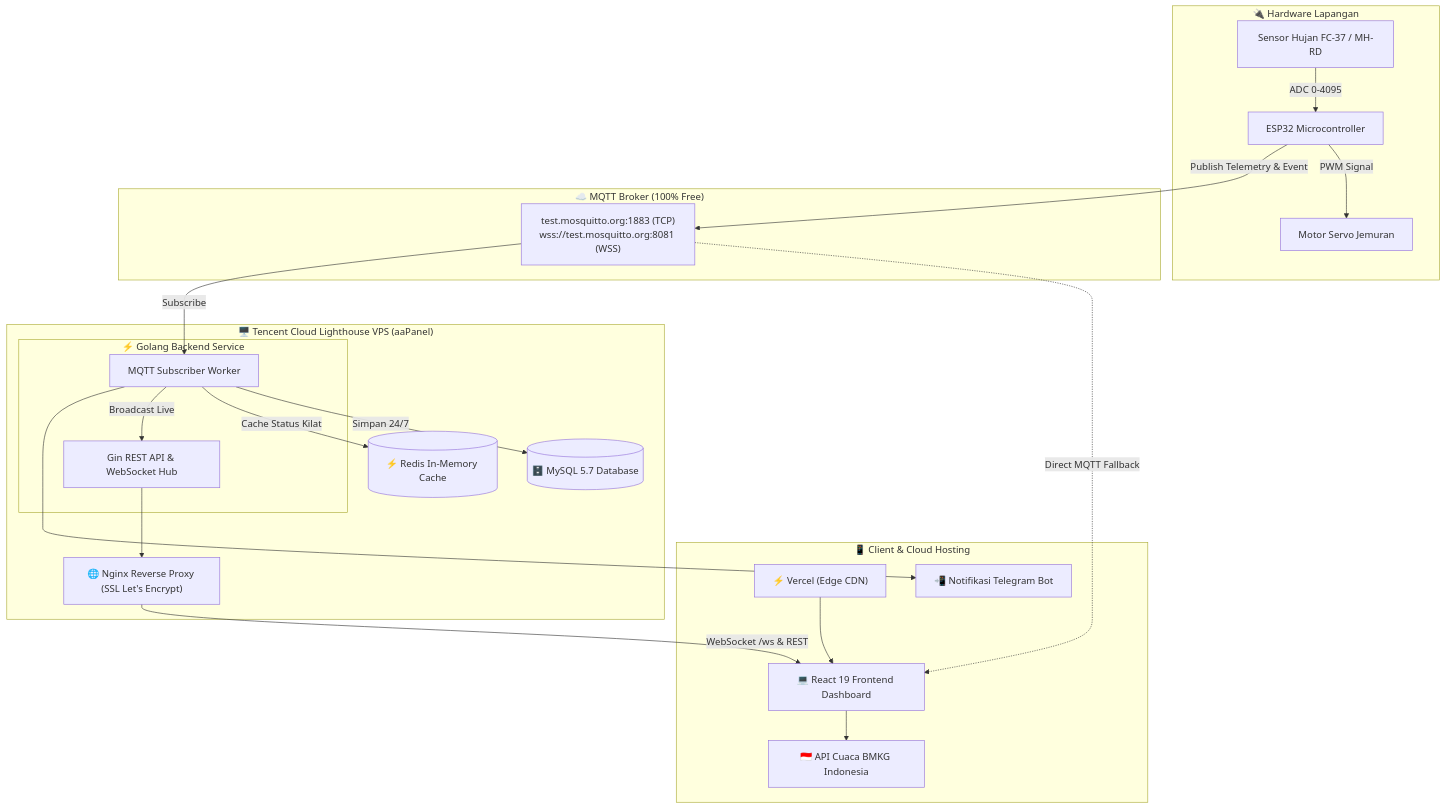
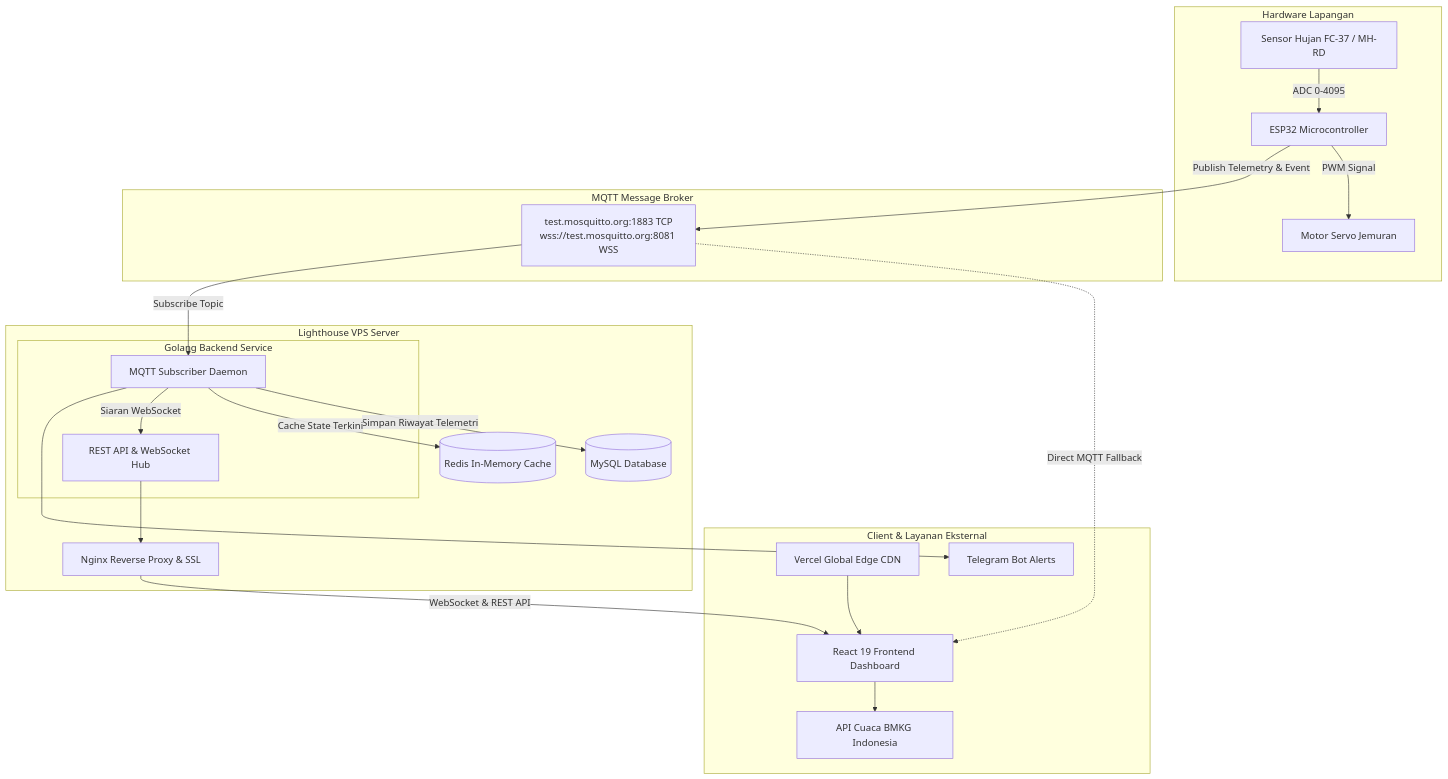
One commit to firdyridho/Project-IoT_Sensor-Jemuran-Otomatis changed the first of 2 diagrams in README.md. Above: the diagram before and after it, drawn with Mermaid. The commit also changed other lines of this file and 1 other file, not shown here.

Commit message:
docs: perbarui README dan DEPLOYMENT_GUIDE tanpa emoji, rapih dan isolasi konfigurasi backend

````diff
--- a/README.md
+++ b/README.md
@@ -21,45 +33,45 @@
 ```mermaid
 graph TD
-    subgraph Hardware ["🔌 Hardware Lapangan"]
+    subgraph Hardware ["Hardware Lapangan"]
         ESP32["ESP32 Microcontroller"]
         Sensor["Sensor Hujan FC-37 / MH-RD"]
         Servo["Motor Servo Jemuran"]
         Sensor -->|ADC 0-4095| ESP32
         ESP32 -->|PWM Signal| Servo
     end
 
-    subgraph Broker ["☁️ MQTT Broker (100% Free)"]
-        Mosquitto["test.mosquitto.org:1883 (TCP)<br/>wss://test.mosquitto.org:8081 (WSS)"]
+    subgraph Broker ["MQTT Message Broker"]
+        Mosquitto["test.mosquitto.org:1883 TCP<br/>wss://test.mosquitto.org:8081 WSS"]
     end
 
-    subgraph VPS ["🖥️ Tencent Cloud Lighthouse VPS (aaPanel)"]
-        subgraph BackendGo ["⚡ Golang Backend Service"]
-            MQTTSub["MQTT Subscriber Worker"]
-            GinAPI["Gin REST API & WebSocket Hub"]
+    subgraph VPS ["Lighthouse VPS Server"]
+        subgraph BackendGo ["Golang Backend Service"]
+            MQTTSub["MQTT Subscriber Daemon"]
+            GinAPI["REST API & WebSocket Hub"]
         end
-        MySQL[("🗄️ MySQL 5.7 Database")]
-        Redis[("⚡ Redis In-Memory Cache")]
-        Nginx["🌐 Nginx Reverse Proxy (SSL Let's Encrypt)"]
+        MySQL[("MySQL Database")]
+        Redis[("Redis In-Memory Cache")]
+        Nginx["Nginx Reverse Proxy & SSL"]
 
-        MQTTSub -->|Simpan 24/7| MySQL
-        MQTTSub -->|Cache Status Kilat| Redis
-        MQTTSub -->|Broadcast Live| GinAPI
+        MQTTSub -->|Simpan Riwayat Telemetri| MySQL
+        MQTTSub -->|Cache State Terkini| Redis
+        MQTTSub -->|Siaran WebSocket| GinAPI
         GinAPI --> Nginx
     end
 
-    subgraph Client ["📱 Client & Cloud Hosting"]
-        Vercel["⚡ Vercel (Edge CDN)"]
-        WebSPA["💻 React 19 Frontend Dashboard"]
-        BMKG["🇮🇩 API Cuaca BMKG Indonesia"]
-        Telegram["📲 Notifikasi Telegram Bot"]
+    subgraph Client ["Client & Layanan Eksternal"]
+        Vercel["Vercel Global Edge CDN"]
+        WebSPA["React 19 Frontend Dashboard"]
+        BMKG["API Cuaca BMKG Indonesia"]
+        Telegram["Telegram Bot Alerts"]
 
         Vercel --> WebSPA
-        Nginx -->|WebSocket /ws & REST| WebSPA
+        Nginx -->|WebSocket & REST API| WebSPA
         Mosquitto -.->|Direct MQTT Fallback| WebSPA
         WebSPA --> BMKG
         MQTTSub --> Telegram
     end
 
     ESP32 -->|Publish Telemetry & Event| Mosquitto
-    Mosquitto -->|Subscribe| MQTTSub
+    Mosquitto -->|Subscribe Topic| MQTTSub
 ```
````
